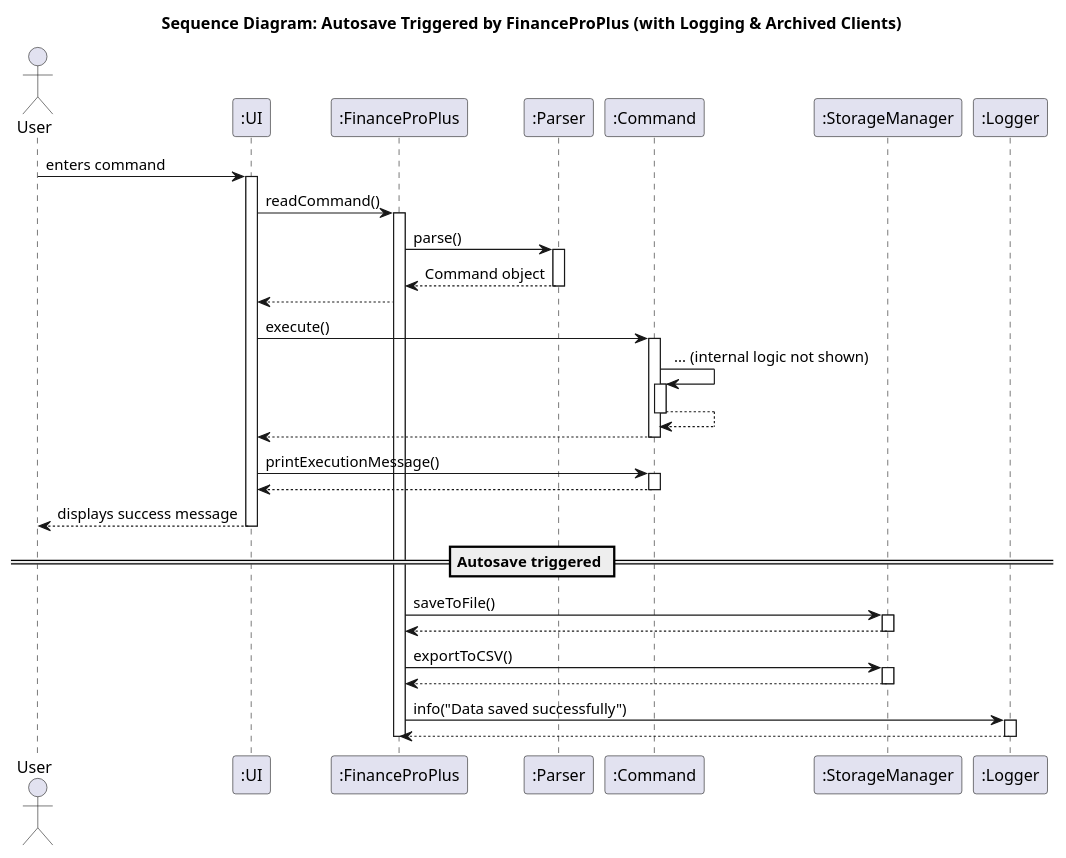
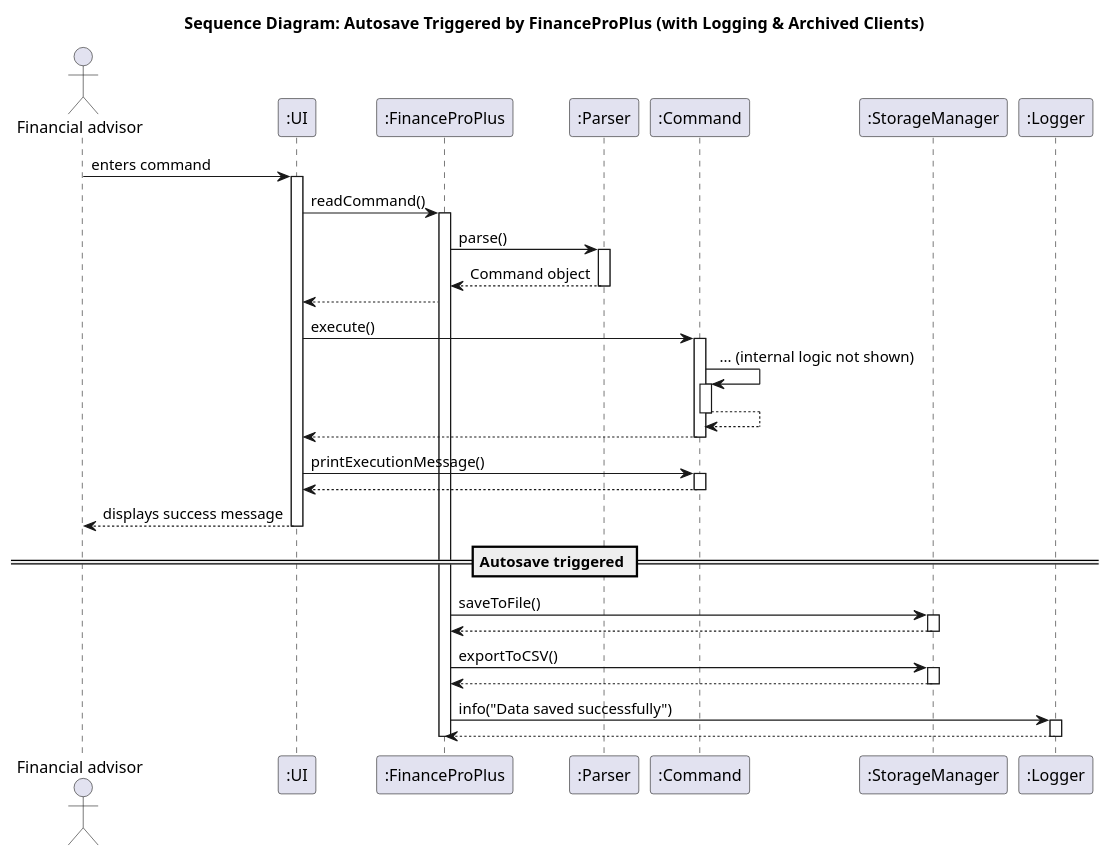
The diagram in docs/umldiagrams/Storage.puml (ZT712002/tp), drawn with PlantUML before and after one commit. The commit also changed 3 other files, not shown here.

```diff
--- a/docs/umldiagrams/Storage.puml
+++ b/docs/umldiagrams/Storage.puml
@@ -1,61 +1,61 @@
 @startuml
 title Sequence Diagram: Autosave Triggered by FinanceProPlus (with Logging & Archived Clients)
 
-actor User
+actor "Financial advisor" as User
 participant ":UI" as UI
 participant ":FinanceProPlus" as App
 participant ":Parser" as Parser
 participant ":Command" as Command
 participant ":StorageManager" as Storage
 participant ":Logger" as Logger
 
 User -> UI: enters command
 activate UI
 
 UI -> App: readCommand()
 activate App
 
 App -> Parser: parse()
 activate Parser
 Parser --> App: Command object
 deactivate Parser
 App -->UI
 UI -> Command: execute()
 activate Command
 Command -> Command: ... (internal logic not shown)
 activate Command
 Command --> Command
 deactivate Command
 Command --> UI
 deactivate Command
 
 
 
 
 UI -> Command: printExecutionMessage()
 activate Command
 Command --> UI
 deactivate Command
 
 UI --> User: displays success message
 deactivate UI
 
 == Autosave triggered ==
 
 App -> Storage: saveToFile()
 activate Storage
 Storage --> App:
 deactivate Storage
 
 App -> Storage: exportToCSV()
 activate Storage
 Storage --> App:
 deactivate Storage
 
 App -> Logger: info("Data saved successfully")
 activate Logger
 Logger --> App
 deactivate Logger
 
 deactivate App
 @enduml
```
